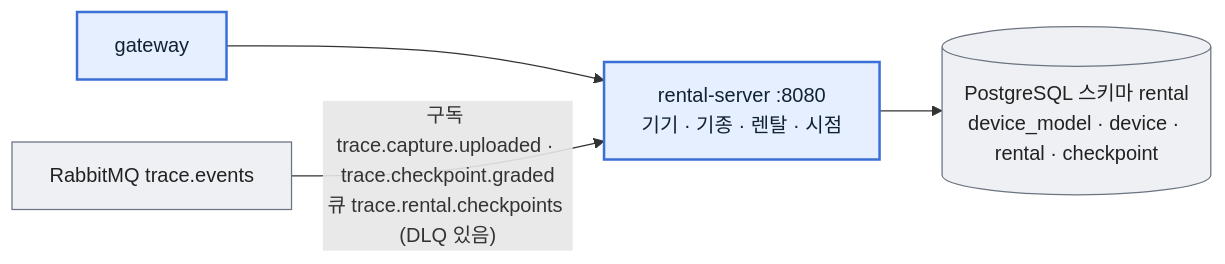
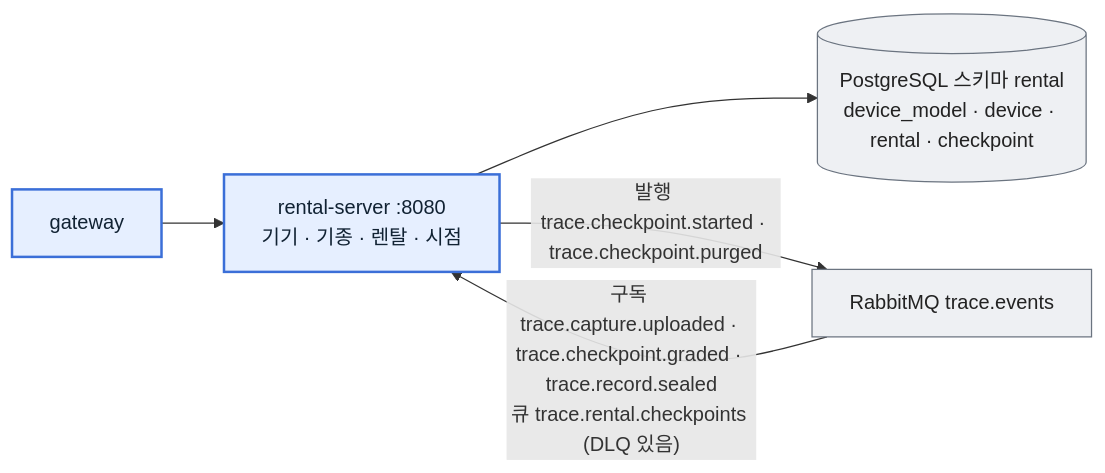
One commit to GAKDO/docs changed the fourth of 10 diagrams in mvp/02-services.md. Above: the diagram before and after it, drawn with Mermaid. The commit also changed other lines of this file and 28 other files, not shown here.

First line of the commit message:
docs: 11/8 전체 점검 — 요구사항 구현 감사표, ERD 35개 테이블, 아키텍처·API 문서를 코드에 맞춤 (#17)

````diff
--- a/mvp/02-services.md
+++ b/mvp/02-services.md
@@ -88,8 +96,9 @@
 ```mermaid
 flowchart LR
   classDef nophoto fill:#e6efff,stroke:#3b6fd8,stroke-width:2px,color:#123
   classDef infra fill:#eef0f3,stroke:#6b7480,color:#222
   gw["gateway"]:::nophoto --> r["rental-server :8080<br/>기기 · 기종 · 렌탈 · 시점"]:::nophoto
   r --> pg[("PostgreSQL 스키마 rental<br/>device_model · device · rental · checkpoint")]:::infra
-  mq["RabbitMQ trace.events"]:::infra -->|"구독 trace.capture.uploaded · trace.checkpoint.graded<br/>큐 trace.rental.checkpoints (DLQ 있음)"| r
+  mq["RabbitMQ trace.events"]:::infra -->|"구독 trace.capture.uploaded · trace.checkpoint.graded · trace.record.sealed<br/>큐 trace.rental.checkpoints (DLQ 있음)"| r
+  r -->|"발행 trace.checkpoint.started · trace.checkpoint.purged"| mq
 ```
````
